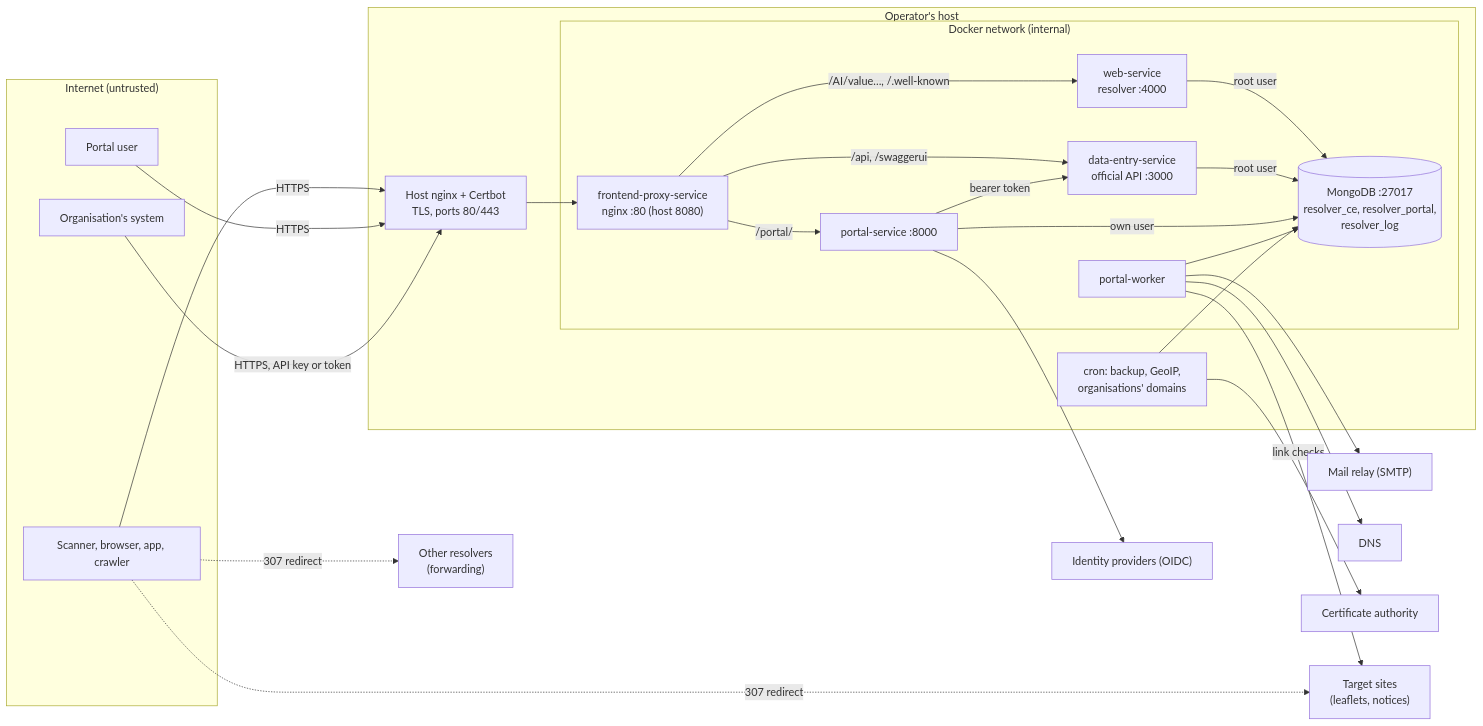
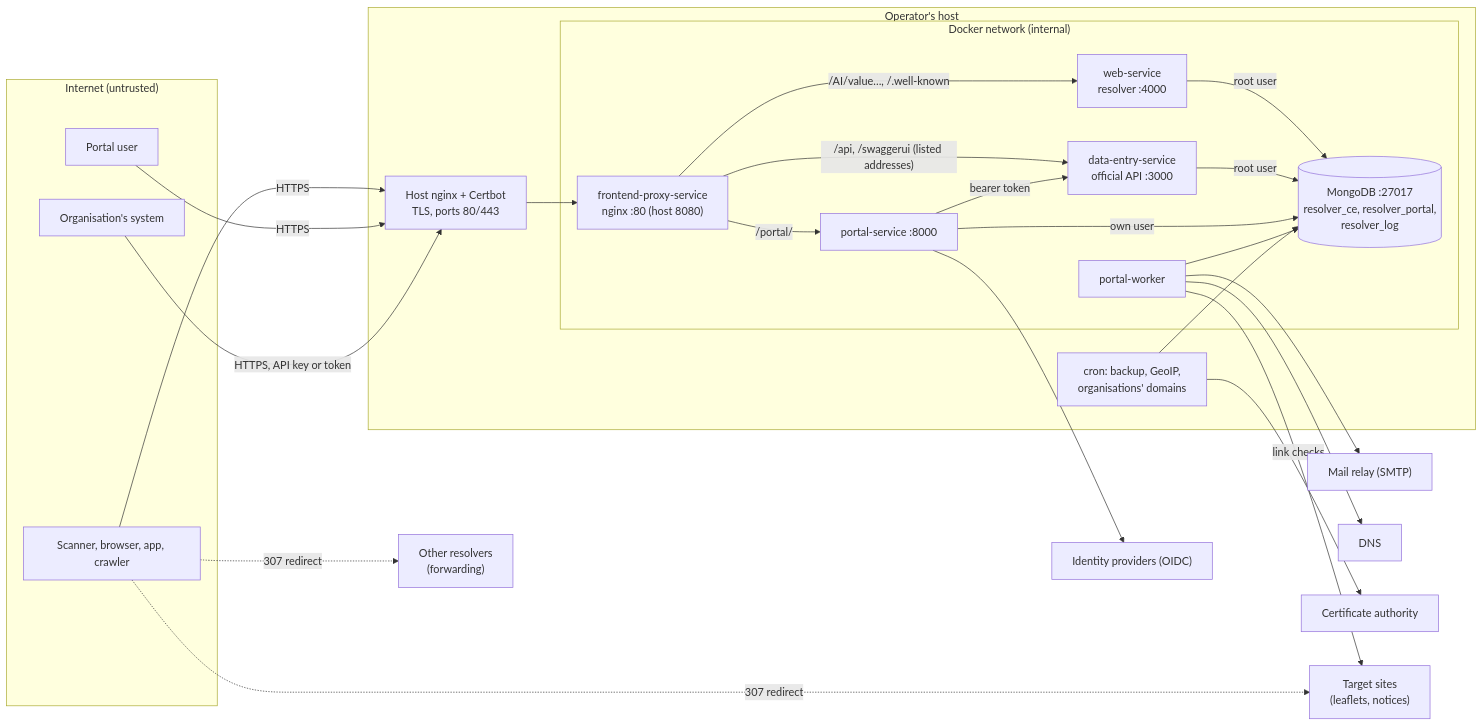
The diagram in Documentation/threat-model.md (ricardomelo/GS1_DigitalLink_Resolver_CE), drawn with Mermaid before and after one commit. The commit also changed other lines of this file and 26 other files, not shown here.

````diff
--- a/Documentation/threat-model.md
+++ b/Documentation/threat-model.md
@@ -52,47 +52,47 @@
 ```mermaid
 flowchart LR
     subgraph internet["Internet (untrusted)"]
         scan["Scanner, browser, app, crawler"]
         user["Portal user"]
         sys["Organisation's system"]
     end
     subgraph host["Operator's host"]
         edge["Host nginx + Certbot<br/>TLS, ports 80/443"]
         subgraph docker["Docker network (internal)"]
             proxy["frontend-proxy-service<br/>nginx :80 (host 8080)"]
             web["web-service<br/>resolver :4000"]
             de["data-entry-service<br/>official API :3000"]
             portal["portal-service :8000"]
             worker["portal-worker"]
             db[("MongoDB :27017<br/>resolver_ce, resolver_portal,<br/>resolver_log")]
         end
         cron["cron: backup, GeoIP,<br/>organisations' domains"]
     end
     idp["Identity providers (OIDC)"]
     mail["Mail relay (SMTP)"]
     dns["DNS"]
     ca["Certificate authority"]
     targets["Target sites<br/>(leaflets, notices)"]
     other["Other resolvers<br/>(forwarding)"]
 
     scan -->|HTTPS| edge
     user -->|HTTPS| edge
     sys -->|"HTTPS, API key or token"| edge
     edge --> proxy
     proxy -->|"/AI/value…, /.well-known"| web
-    proxy -->|"/api, /swaggerui"| de
+    proxy -->|"/api, /swaggerui (listed addresses)"| de
     proxy -->|"/portal/"| portal
     portal -->|"bearer token"| de
     web -->|"root user"| db
     de -->|"root user"| db
     portal -->|"own user"| db
     worker --> db
     worker -->|"link checks"| targets
     portal --> idp
     worker --> mail
     worker --> dns
     cron --> ca
     cron --> db
     scan -.->|"307 redirect"| targets
     scan -.->|"307 redirect"| other
 ```
````
